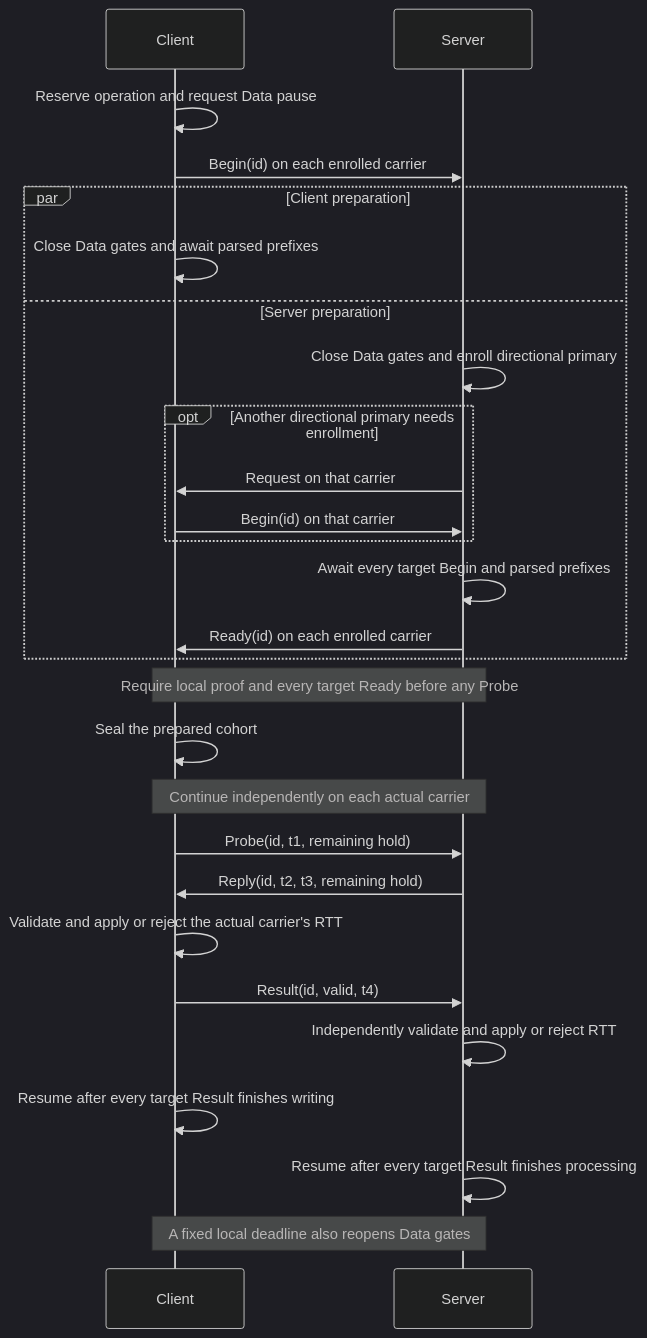
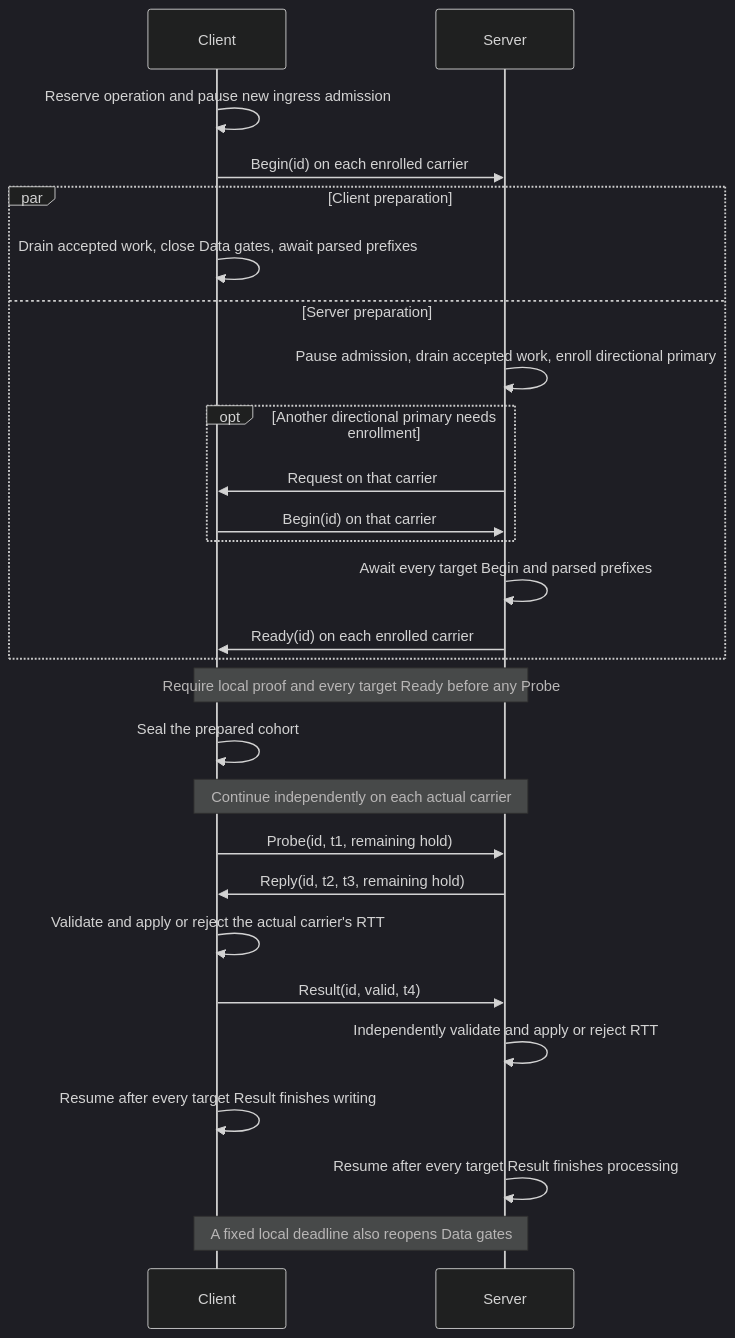
Before and after one commit to aofei/wirehop: the fifth of 5 diagrams in docs/design.md, drawn with Mermaid (dark theme). The commit also changed other lines of this file and 76 other files, not shown here.

First line of the commit message:
fix: drain accepted ingress before timing calibration

````diff
--- a/docs/design.md
+++ b/docs/design.md
@@ -1987,29 +2004,29 @@
 ```mermaid
 sequenceDiagram
     participant C as Client
     participant S as Server
-    C->>C: Reserve operation and request Data pause
+    C->>C: Reserve operation and pause new ingress admission
     C->>S: Begin(id) on each enrolled carrier
     par Client preparation
-        C->>C: Close Data gates and await parsed prefixes
+        C->>C: Drain accepted work, close Data gates, await parsed prefixes
     and Server preparation
-        S->>S: Close Data gates and enroll directional primary
+        S->>S: Pause admission, drain accepted work, enroll directional primary
         opt Another directional primary needs enrollment
             S->>C: Request on that carrier
             C->>S: Begin(id) on that carrier
         end
         S->>S: Await every target Begin and parsed prefixes
         S->>C: Ready(id) on each enrolled carrier
     end
     Note over C,S: Require local proof and every target Ready before any Probe
     C->>C: Seal the prepared cohort
     Note over C,S: Continue independently on each actual carrier
     C->>S: Probe(id, t1, remaining hold)
     S->>C: Reply(id, t2, t3, remaining hold)
     C->>C: Validate and apply or reject the actual carrier's RTT
     C->>S: Result(id, valid, t4)
     S->>S: Independently validate and apply or reject RTT
     C->>C: Resume after every target Result finishes writing
     S->>S: Resume after every target Result finishes processing
     Note over C,S: A fixed local deadline also reopens Data gates
 ```
````
